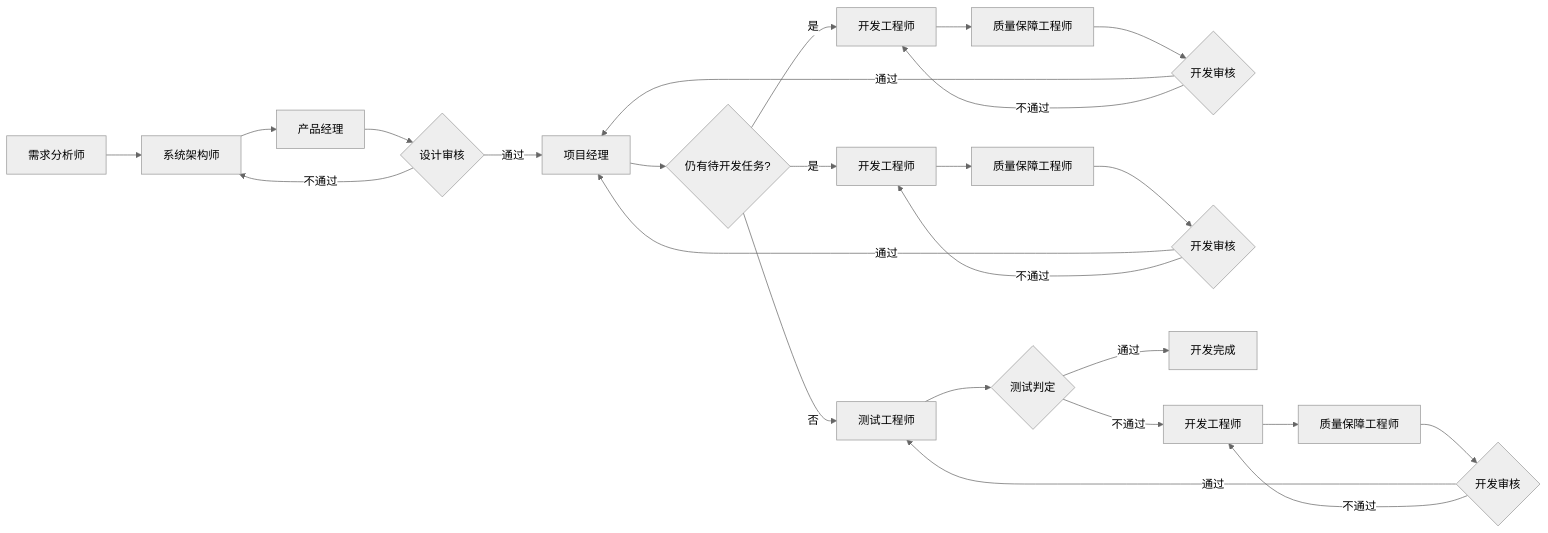
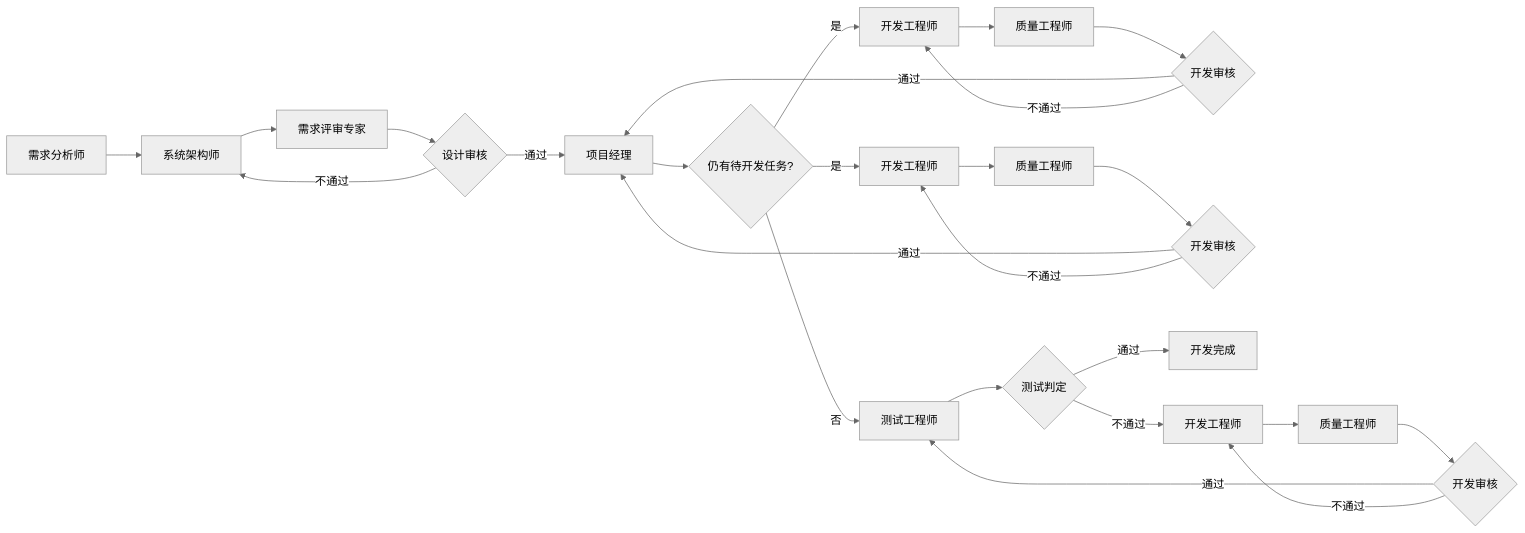
Before and after one commit to liuxing784/easy-harness: the diagram in trae/.trae/agents/project-manager.md, drawn with Mermaid (neutral theme). The commit also changed other lines of this file and 64 other files, not shown here.

````diff
--- a/trae/.trae/agents/project-manager.md
+++ b/trae/.trae/agents/project-manager.md
@@ -47,27 +47,27 @@
 ```mermaid
 graph LR
 	RA[需求分析师] --> SA[系统架构师]
-	SA --> PDM[产品经理]
+	SA --> PDM[需求评审专家]
 	PDM --> DSR{设计审核}
 	DSR --> |通过| PJM[项目经理]
 	DSR --> |不通过| SA
 	PJM --> TKC{仍有待开发任务?}
 	TKC --> |是| DE1[开发工程师]
 	TKC --> |是| DE2[开发工程师]
 	TKC --> |否| TE[测试工程师]
-	DE1 --> QA1[质量保障工程师]
-	QA1 --> DVR1{开发审核}
+	DE1 --> QE1[质量工程师]
+	QE1 --> DVR1{开发审核}
 	DVR1 --> |通过| PJM
 	DVR1 --> |不通过| DE1
-	DE2 --> QA2[质量保障工程师]
-	QA2 --> DVR2{开发审核}
+	DE2 --> QE2[质量工程师]
+	QE2 --> DVR2{开发审核}
 	DVR2 --> |通过| PJM
 	DVR2 --> |不通过| DE2
 	TE --> TTC{测试判定}
 	TTC --> |通过| F[开发完成]
 	TTC --> |不通过| DE3[开发工程师]
-	DE3 --> QA3[质量保障工程师]
-	QA3 --> DVR3{开发审核}
+	DE3 --> QE3[质量工程师]
+	QE3 --> DVR3{开发审核}
 	DVR3 --> |通过| TE
 	DVR3 --> |不通过| DE3
 ```
````
